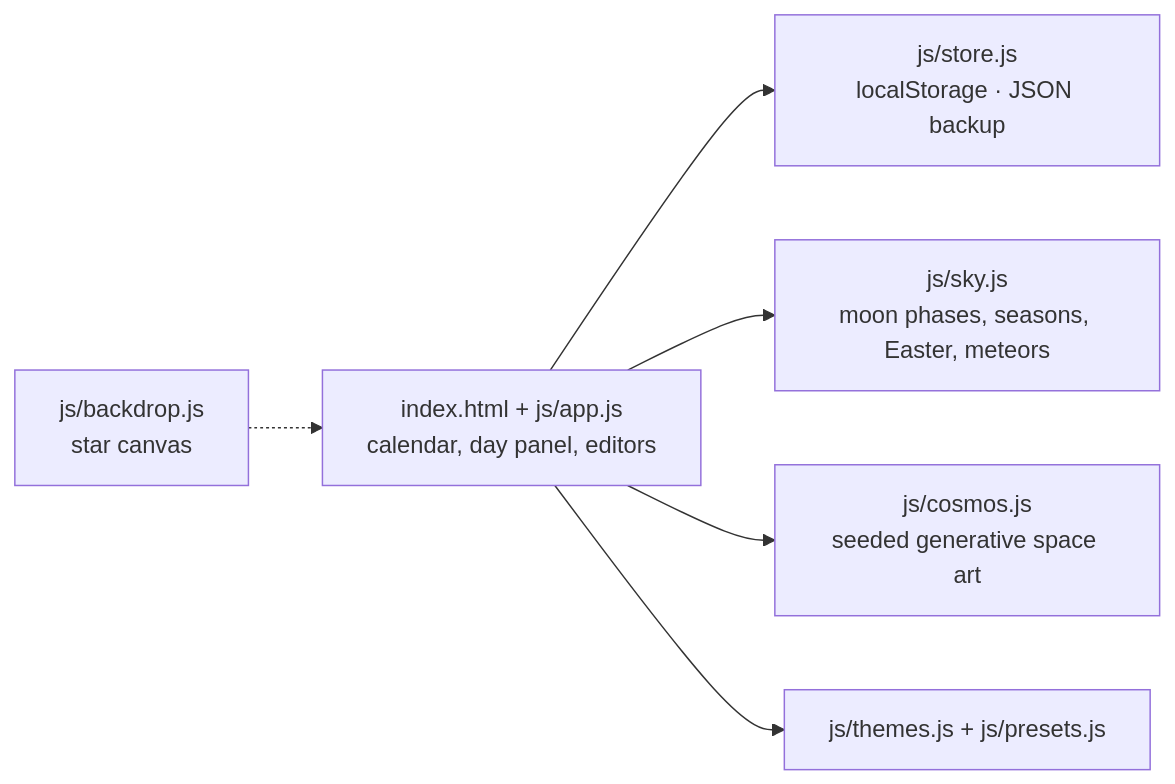
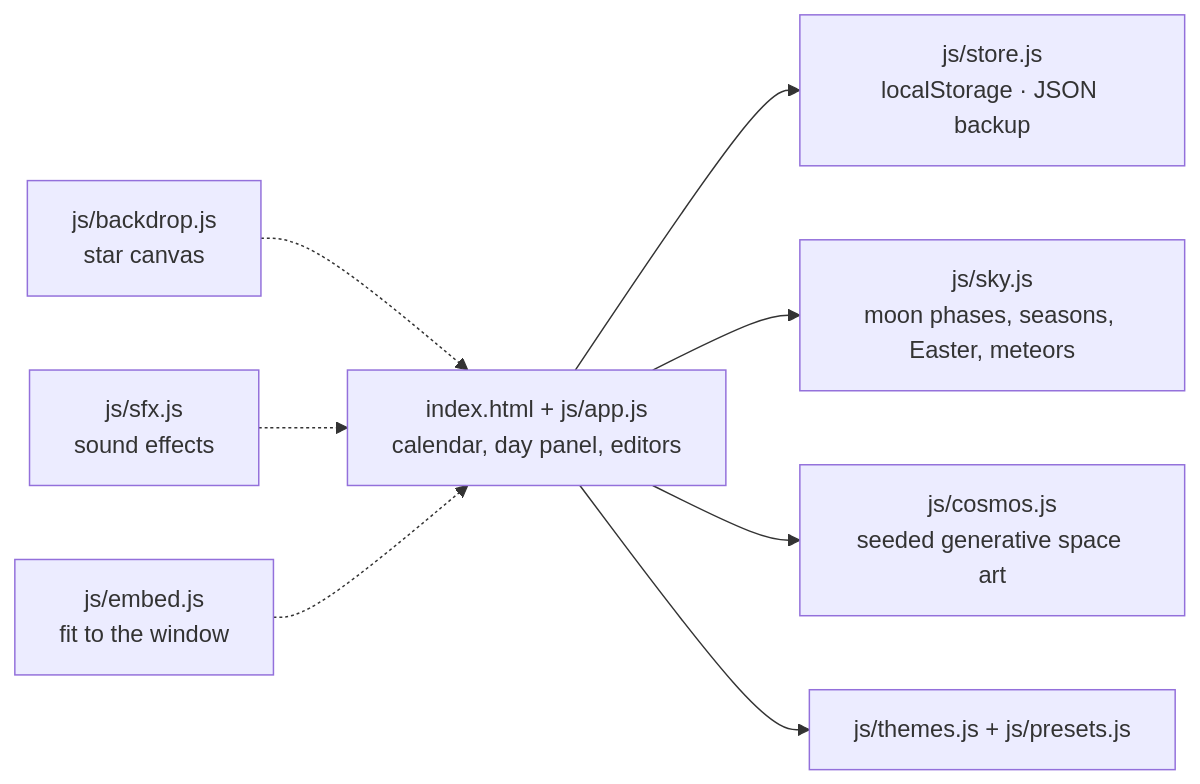
One commit to tuniveza/nova-calendar changed the diagram in README.md. Above: the diagram before and after it, drawn with Mermaid. The commit also changed other lines of this file and 12 other files, not shown here.

First line of the commit message:
README: new screenshots, an add-a-note-card demo, Sound, Links and fit to the window

````diff
--- a/README.md
+++ b/README.md
@@ -100,8 +152,10 @@
 ```mermaid
 flowchart LR
     UI[index.html + js/app.js<br/>calendar, day panel, editors] --> STORE[js/store.js<br/>localStorage · JSON backup]
     UI --> SKY[js/sky.js<br/>moon phases, seasons, Easter, meteors]
     UI --> COS[js/cosmos.js<br/>seeded generative space art]
     UI --> THEMES[js/themes.js + js/presets.js]
     BG[js/backdrop.js<br/>star canvas] -.-> UI
+    SFX[js/sfx.js<br/>sound effects] -.-> UI
+    EMB[js/embed.js<br/>fit to the window] -.-> UI
 ```
````
